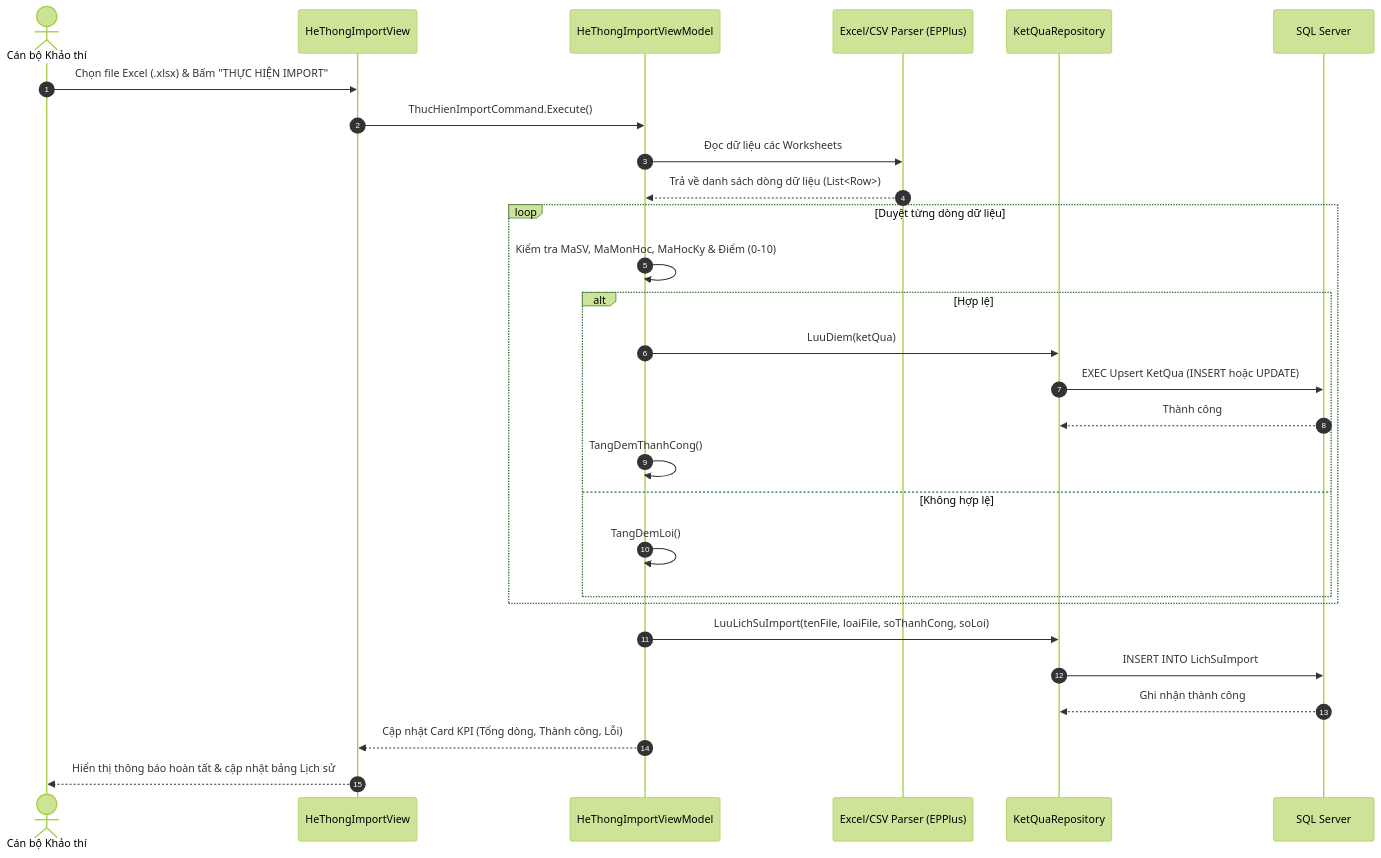
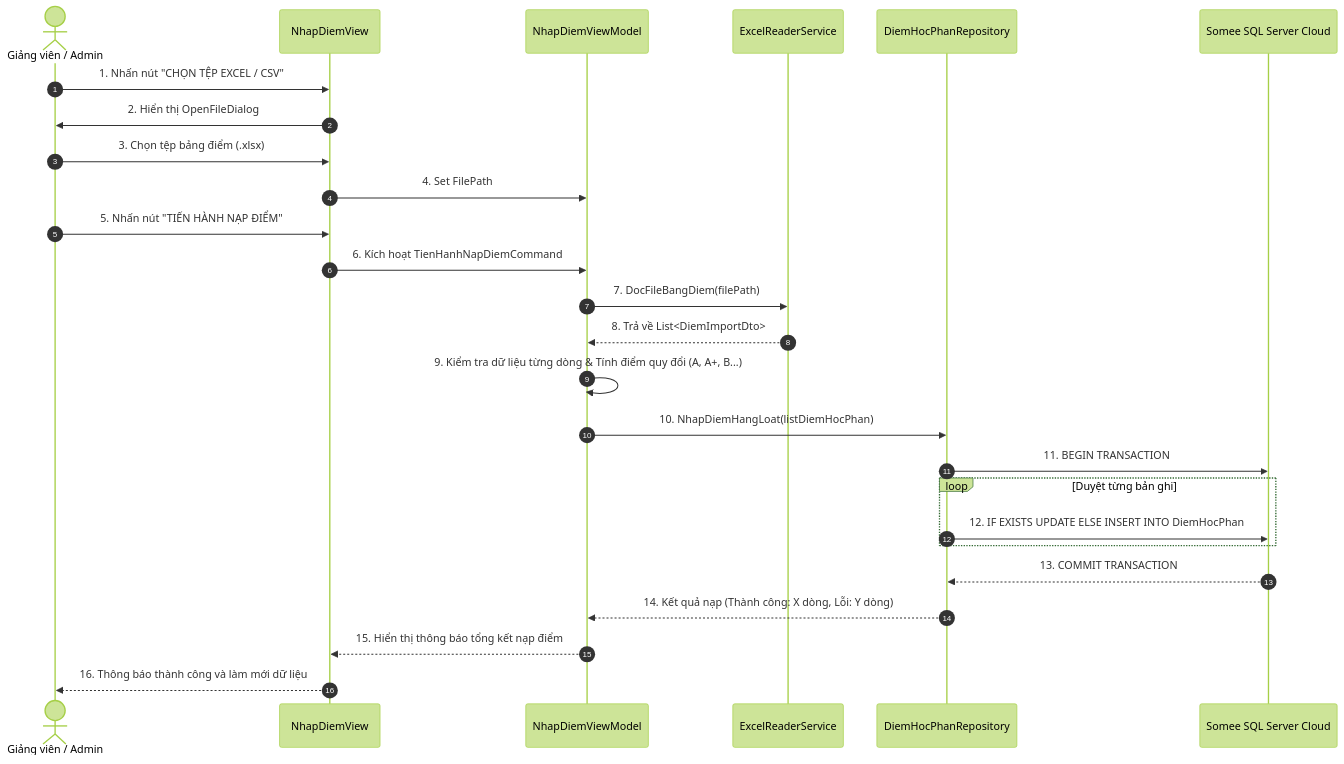
One commit to ngthanhs1/STUDENT_RESULT_ANALYTICS changed diagram 12 of 16 in BAO_CAO_BAI_TAP_LON_STUDENT_RESULT_ANALYTICS.md. Above: the diagram before and after it, drawn with Mermaid (forest theme). The commit also changed other lines of this file and 4 other files, not shown here.

````diff
--- a/BAO_CAO_BAI_TAP_LON_STUDENT_RESULT_ANALYTICS.md
+++ b/BAO_CAO_BAI_TAP_LON_STUDENT_RESULT_ANALYTICS.md
@@ -548,31 +861,29 @@
 ```mermaid
 sequenceDiagram
     autonumber
-    actor User as Cán bộ Khảo thí
-    participant View as HeThongImportView
-    participant VM as HeThongImportViewModel
-    participant Parser as Excel/CSV Parser (EPPlus)
-    participant Repo as KetQuaRepository
-    participant DB as SQL Server
+    actor GV as Giảng viên / Admin
+    participant View as NhapDiemView
+    participant VM as NhapDiemViewModel
+    participant Service as ExcelReaderService
+    participant Repo as DiemHocPhanRepository
+    participant DB as Somee SQL Server Cloud
 
-    User->>View: Chọn file Excel (.xlsx) & Bấm "THỰC HIỆN IMPORT"
-    View->>VM: ThucHienImportCommand.Execute()
-    VM->>Parser: Đọc dữ liệu các Worksheets
-    Parser-->>VM: Trả về danh sách dòng dữ liệu (List<Row>)
-    loop Duyệt từng dòng dữ liệu
-        VM->>VM: Kiểm tra MaSV, MaMonHoc, MaHocKy & Điểm (0-10)
-        alt Hợp lệ
-            VM->>Repo: LuuDiem(ketQua)
-            Repo->>DB: EXEC Upsert KetQua (INSERT hoặc UPDATE)
-            DB-->>Repo: Thành công
-            VM->>VM: TangDemThanhCong()
-        else Không hợp lệ
-            VM->>VM: TangDemLoi()
-        end
+    GV->>View: 1. Nhấn nút "CHỌN TỆP EXCEL / CSV"
+    View->>GV: 2. Hiển thị OpenFileDialog
+    GV->>View: 3. Chọn tệp bảng điểm (.xlsx)
+    View->>VM: 4. Set FilePath
+    GV->>View: 5. Nhấn nút "TIẾN HÀNH NẠP ĐIỂM"
+    View->>VM: 6. Kích hoạt TienHanhNapDiemCommand
+    VM->>Service: 7. DocFileBangDiem(filePath)
+    Service-->>VM: 8. Trả về List<DiemImportDto>
+    VM->>VM: 9. Kiểm tra dữ liệu từng dòng & Tính điểm quy đổi (A, A+, B...)
+    VM->>Repo: 10. NhapDiemHangLoat(listDiemHocPhan)
+    Repo->>DB: 11. BEGIN TRANSACTION
+    loop Duyệt từng bản ghi
+        Repo->>DB: 12. IF EXISTS UPDATE ELSE INSERT INTO DiemHocPhan
     end
-    VM->>Repo: LuuLichSuImport(tenFile, loaiFile, soThanhCong, soLoi)
-    Repo->>DB: INSERT INTO LichSuImport
-    DB-->>Repo: Ghi nhận thành công
-    VM-->>View: Cập nhật Card KPI (Tổng dòng, Thành công, Lỗi)
-    View-->>User: Hiển thị thông báo hoàn tất & cập nhật bảng Lịch sử
+    DB-->>Repo: 13. COMMIT TRANSACTION
+    Repo-->>VM: 14. Kết quả nạp (Thành công: X dòng, Lỗi: Y dòng)
+    VM-->>View: 15. Hiển thị thông báo tổng kết nạp điểm
+    View-->>GV: 16. Thông báo thành công và làm mới dữ liệu
 ```
````
